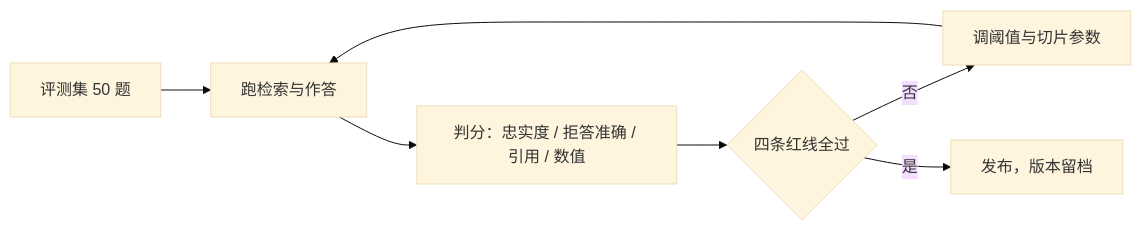
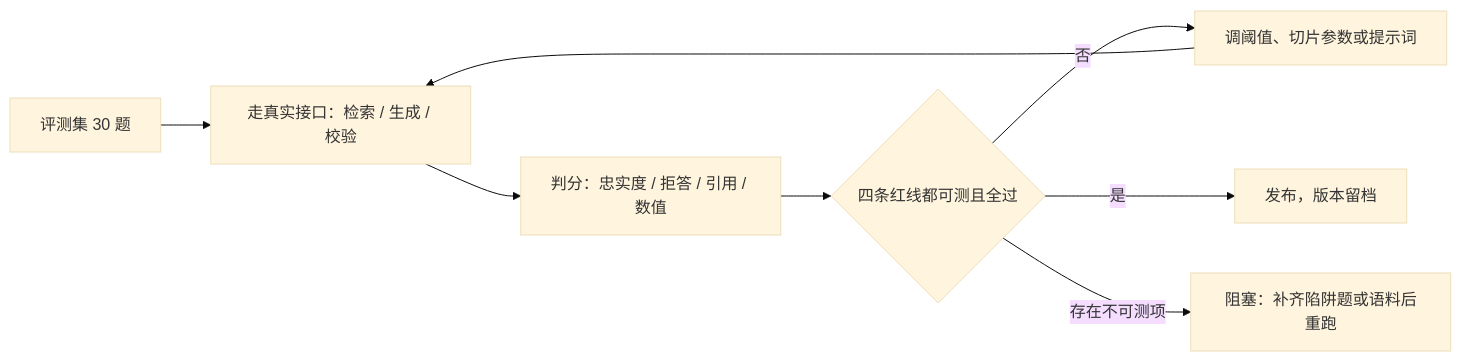
Before and after one commit to kvchen95/ai-rag: diagram 16 of 16 in 详细设计.md, drawn with Mermaid (base theme). The commit also changed other lines of this file and 4 other files, not shown here.

First line of the commit message:
docs: 按当前实现重写架构图集、概要设计与详细设计

````diff
--- a/详细设计.md
+++ b/详细设计.md
@@ -970,9 +999,10 @@
 ```mermaid
 flowchart LR
-    Q["评测集 50 题"] --> RUN["跑检索与作答"]
-    RUN --> S["判分：忠实度 / 拒答准确 / 引用 / 数值"]
-    S --> G{"四条红线全过"}
-    G -- 否 --> T["调阈值与切片参数"]
+    Q["评测集 30 题"] --> RUN["走真实接口：检索 / 生成 / 校验"]
+    RUN --> S["判分：忠实度 / 拒答 / 引用 / 数值"]
+    S --> M{"四条红线都可测且全过"}
+    M -- 否 --> T["调阈值、切片参数或提示词"]
     T --> RUN
-    G -- 是 --> L["发布，版本留档"]
+    M -- 是 --> L["发布，版本留档"]
+    M -- "存在不可测项" --> B["阻塞：补齐陷阱题或语料后重跑"]
 ```
````
